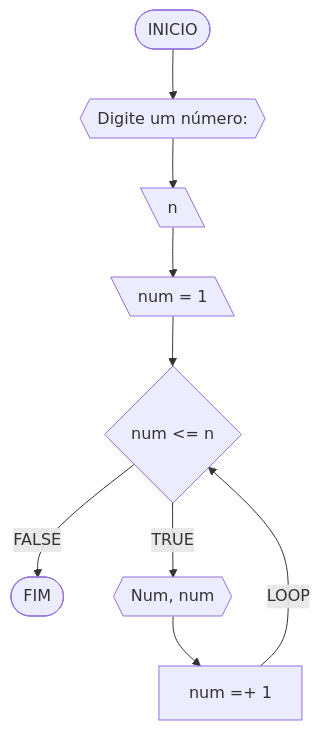
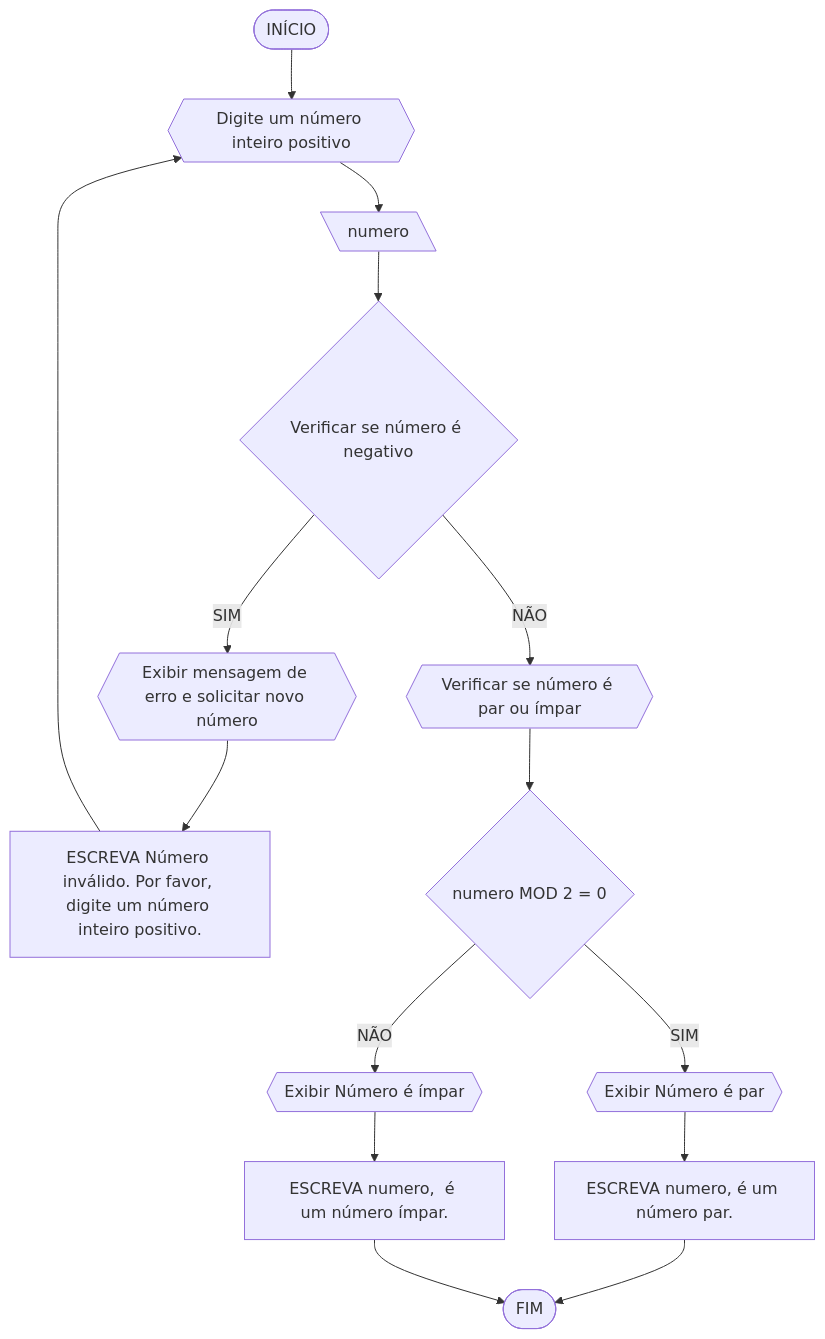
One commit to KauanDereco/UNIFOR changed the diagram in RLA/lista de exericio3.md. Above: the diagram before and after it, drawn with Mermaid. The commit also changed other lines of this file, not shown here.

````diff
--- a/RLA/lista de exericio3.md
+++ b/RLA/lista de exericio3.md
@@ -4,11 +2,18 @@
 ```mermaid
 flowchart TD
-A([INICIO]) --> B{{Digite um número: }}
-B --> C[\n\]
-C --> D[\num = 1\]
-D --> E{num <= n}
-E --FALSE--> I([FIM])
-E --TRUE--> F{{"Num", num}}
-F --> G[num =+ 1]
-G --LOOP--> E
+A([INÍCIO]) --> B{{Digite um número inteiro positivo}}
+B --> C[\numero\]
+C --> D{Verificar se número é negativo}
+D -- SIM --> E{{Exibir mensagem de erro e solicitar novo número}}
+E --> F[ESCREVA Número inválido. Por favor, digite um número inteiro positivo.]
+F --> B
+D -- NÃO --> G{{Verificar se número é par ou ímpar}}
+G --> H{numero MOD 2 = 0}
+H -- SIM --> I{{Exibir Número é par}}
+I --> J[ESCREVA numero, é um número par.]
+J --> K([FIM])
+H -- NÃO --> L{{Exibir Número é ímpar}}
+L --> M[ESCREVA numero,  é um número ímpar.]
+M --> K
+
 ```
````
